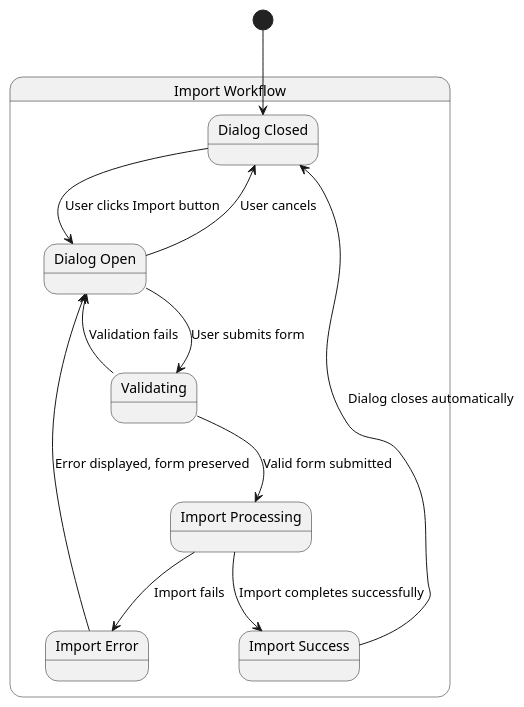
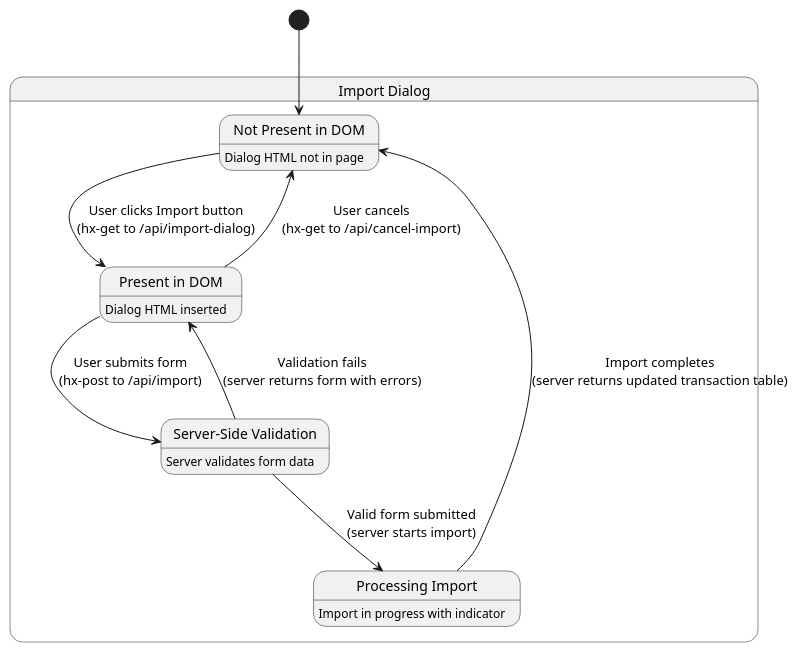
The second of 8 diagrams in works/iterative/incubator/budget/presentation/design/UIStateDiagrams.md (iterative-works/incubator), drawn with PlantUML before and after one commit. The commit also changed other lines of this file, not shown here.

First line of the commit message:
Update Dashboard and Import Dialog state diagrams for server-rendered architecture

````diff
--- a/works/iterative/incubator/budget/presentation/design/UIStateDiagrams.md
+++ b/works/iterative/incubator/budget/presentation/design/UIStateDiagrams.md
@@ -44,25 +66,20 @@
 ```plantuml
 @startuml
 
-state "Import Workflow" as import {
-  state "Dialog Closed" as closed
-  state "Dialog Open" as open
-  state "Validating" as validating
-  state "Import Processing" as processing
-  state "Import Success" as success
-  state "Import Error" as error
+state "Import Dialog" as import {
+  state "Not Present in DOM" as notPresent : Dialog HTML not in page
+  state "Present in DOM" as present : Dialog HTML inserted
+  state "Server-Side Validation" as validating : Server validates form data
+  state "Processing Import" as processing : Import in progress with indicator
 }
 
-[*] --> closed
-closed --> open : User clicks Import button
-open --> validating : User submits form
-validating --> open : Validation fails
-validating --> processing : Valid form submitted
-processing --> success : Import completes successfully
-processing --> error : Import fails
-success --> closed : Dialog closes automatically
-error --> open : Error displayed, form preserved
-open --> closed : User cancels
+[*] --> notPresent
+notPresent --> present : User clicks Import button\n(hx-get to /api/import-dialog)
+present --> validating : User submits form\n(hx-post to /api/import)
+validating --> present : Validation fails\n(server returns form with errors)
+validating --> processing : Valid form submitted\n(server starts import)
+processing --> notPresent : Import completes\n(server returns updated transaction table)
+present --> notPresent : User cancels\n(hx-get to /api/cancel-import)
 
 @enduml
 ```
````
